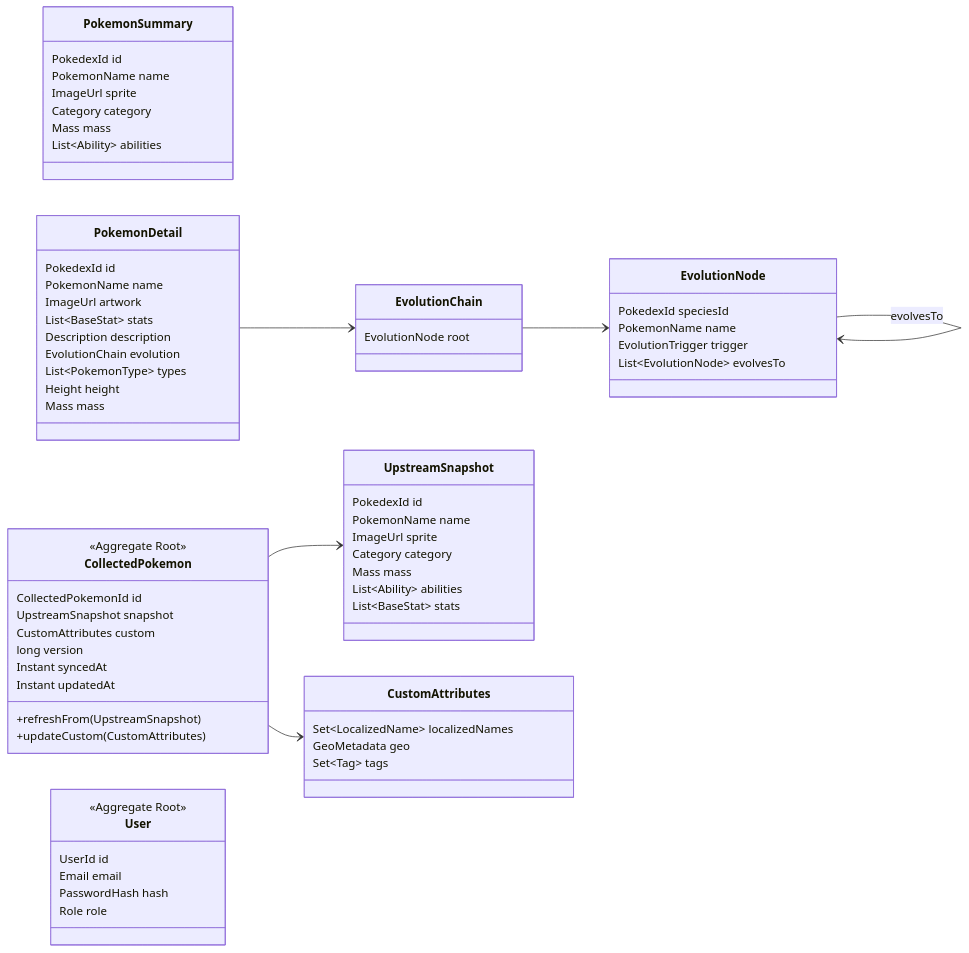
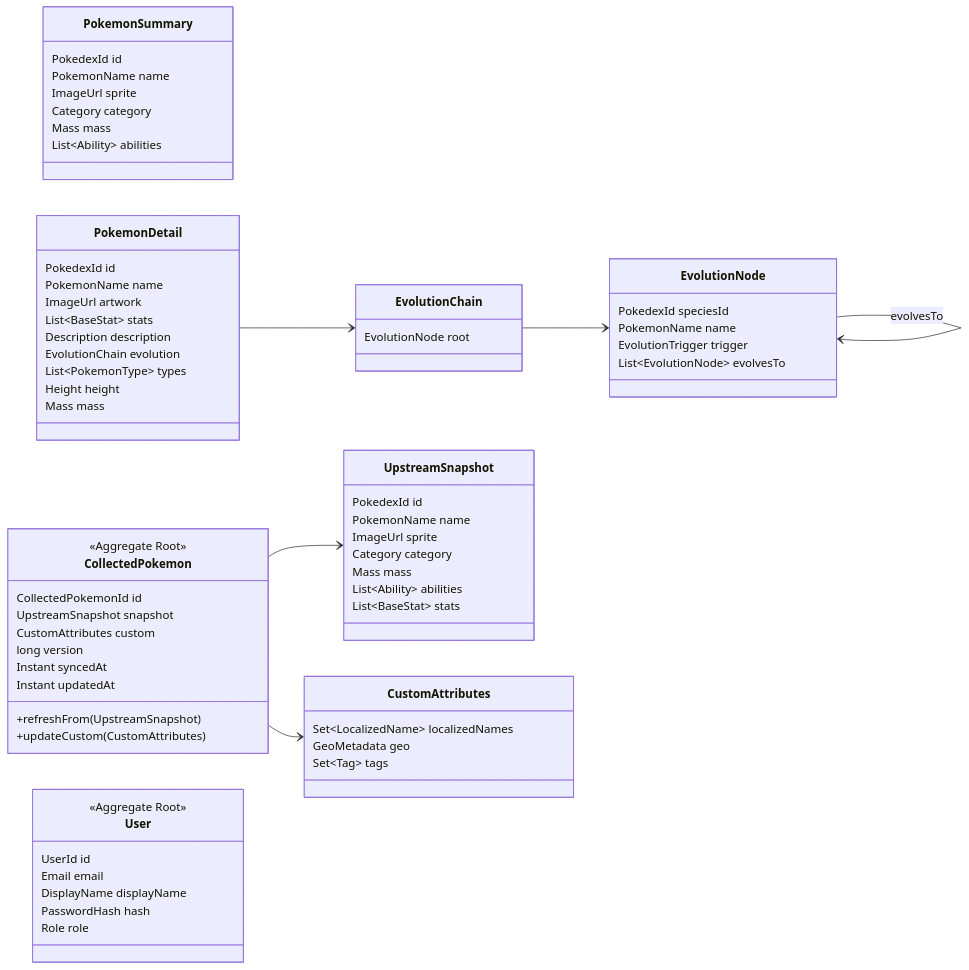
The first of 5 diagrams in docs/architecture.md (thaisc98/pokedex-fullstack), drawn with Mermaid before and after one commit. The commit also changed other lines of this file and 1 other file, not shown here.

First line of the commit message:
docs: align architecture.md with the OpenAPI contract v1

````diff
--- a/docs/architecture.md
+++ b/docs/architecture.md
@@ -56,67 +56,68 @@
 ```mermaid
 classDiagram
     direction LR
     class PokemonSummary {
       PokedexId id
       PokemonName name
       ImageUrl sprite
       Category category
       Mass mass
       List~Ability~ abilities
     }
     class PokemonDetail {
       PokedexId id
       PokemonName name
       ImageUrl artwork
       List~BaseStat~ stats
       Description description
       EvolutionChain evolution
       List~PokemonType~ types
       Height height
       Mass mass
     }
     class EvolutionChain { EvolutionNode root }
     class EvolutionNode {
       PokedexId speciesId
       PokemonName name
       EvolutionTrigger trigger
       List~EvolutionNode~ evolvesTo
     }
     class CollectedPokemon {
       <<Aggregate Root>>
       CollectedPokemonId id
       UpstreamSnapshot snapshot
       CustomAttributes custom
       long version
       Instant syncedAt
       Instant updatedAt
       +refreshFrom(UpstreamSnapshot)
       +updateCustom(CustomAttributes)
     }
     class UpstreamSnapshot {
       PokedexId id
       PokemonName name
       ImageUrl sprite
       Category category
       Mass mass
       List~Ability~ abilities
       List~BaseStat~ stats
     }
     class CustomAttributes {
       Set~LocalizedName~ localizedNames
       GeoMetadata geo
       Set~Tag~ tags
     }
     class User {
       <<Aggregate Root>>
       UserId id
       Email email
+      DisplayName displayName
       PasswordHash hash
       Role role
     }
     PokemonDetail --> EvolutionChain
     EvolutionChain --> EvolutionNode
     EvolutionNode --> EvolutionNode : evolvesTo
     CollectedPokemon --> UpstreamSnapshot
     CollectedPokemon --> CustomAttributes
 ```
````
